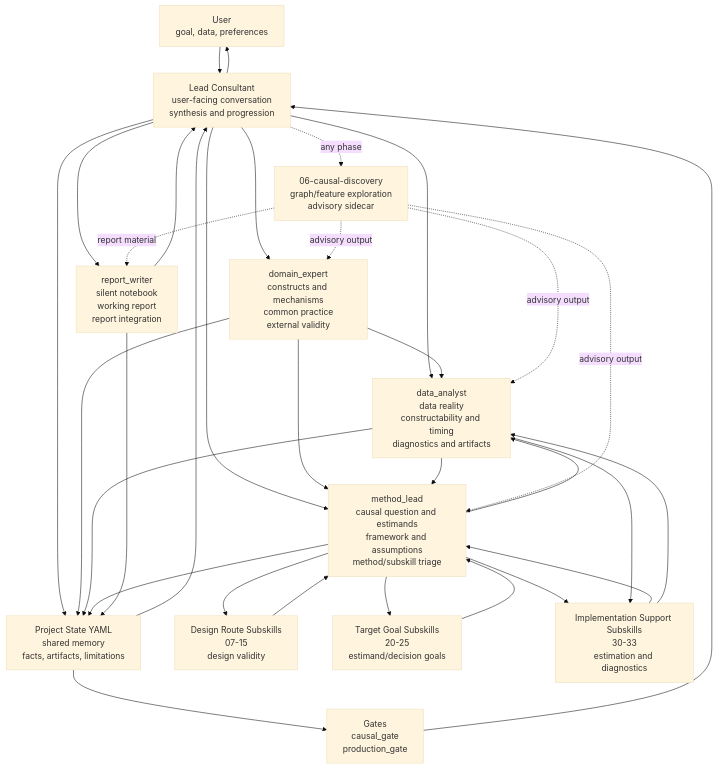
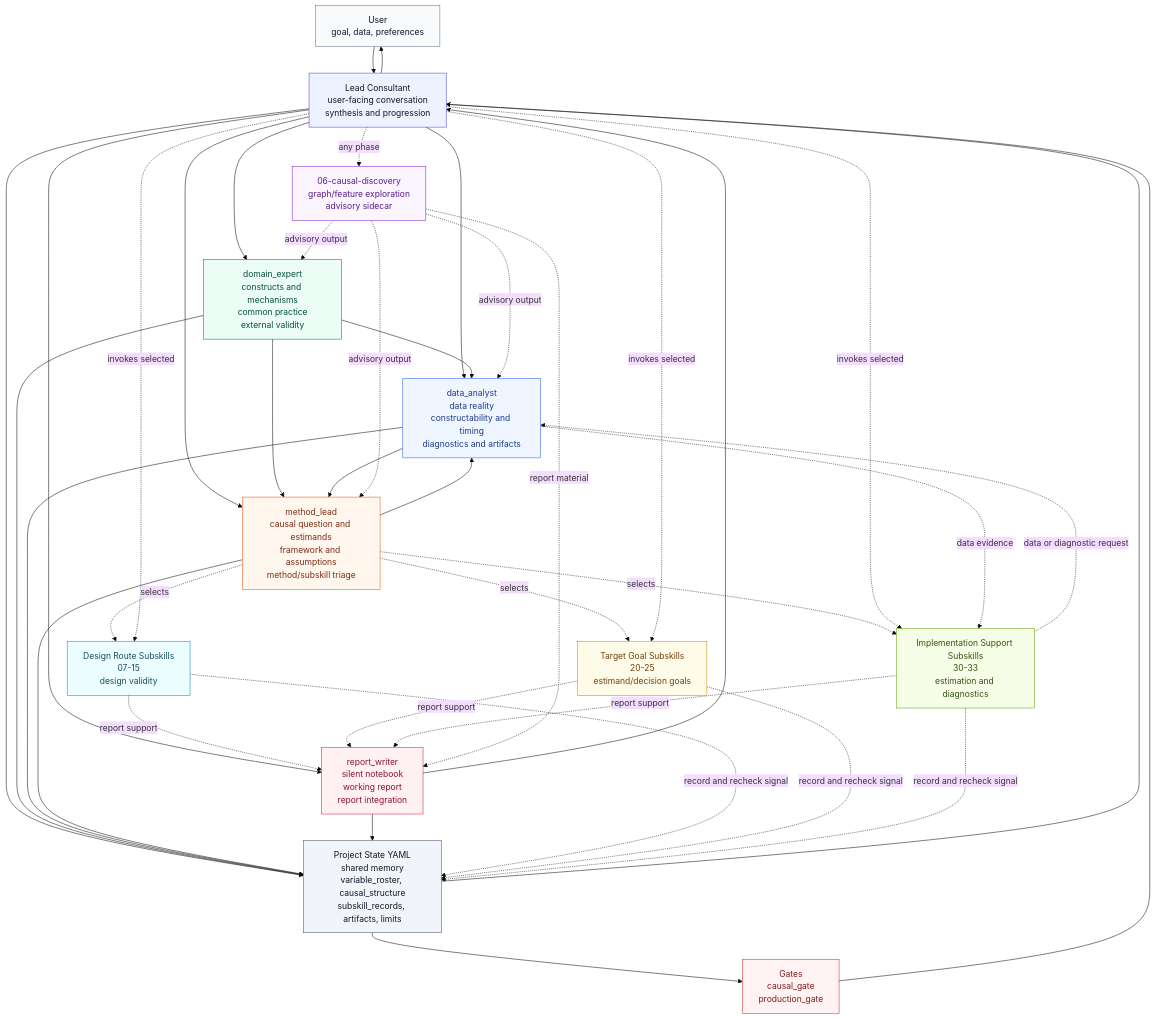
One commit to rqzhu-aide/causal-consultant changed the diagram in README.md. Above: the diagram before and after it, drawn with Mermaid (base theme). The commit also changed other lines of this file and 48 other files, not shown here.

```diff
--- a/README.md
+++ b/README.md
@@ -69,7 +69,7 @@
 flowchart TD
     user["User<br/>goal, data, preferences"]
     lead["Lead Consultant<br/>user-facing conversation<br/>synthesis and progression"]
-    state["Project State YAML<br/>shared memory<br/>facts, artifacts, limitations"]
+    state["Project State YAML<br/>shared memory<br/>variable_roster, causal_structure<br/>subskill_records, artifacts, limits"]
     domain["domain_expert<br/>constructs and mechanisms<br/>common practice<br/>external validity"]
     data["data_analyst<br/>data reality<br/>constructability and timing<br/>diagnostics and artifacts"]
     method["method_lead<br/>causal question and estimands<br/>framework and assumptions<br/>method/subskill triage"]
@@ -79,6 +79,32 @@
     target["Target Goal Subskills<br/>20-25<br/>estimand/decision goals"]
     support["Implementation Support Subskills<br/>30-33<br/>estimation and diagnostics"]
     gates["Gates<br/>causal_gate<br/>production_gate"]
+
+    classDef userNode fill:#f8fafc,stroke:#64748b,color:#0f172a
+    classDef leadNode fill:#eef2ff,stroke:#4f46e5,color:#111827
+    classDef stateNode fill:#f1f5f9,stroke:#475569,color:#0f172a
+    classDef domainNode fill:#ecfdf5,stroke:#047857,color:#064e3b
+    classDef dataNode fill:#eff6ff,stroke:#2563eb,color:#1e3a8a
+    classDef methodNode fill:#fff7ed,stroke:#ea580c,color:#7c2d12
+    classDef reportNode fill:#fff1f2,stroke:#e11d48,color:#881337
+    classDef discoveryNode fill:#faf5ff,stroke:#7e22ce,color:#581c87
+    classDef designNode fill:#ecfeff,stroke:#0891b2,color:#164e63
+    classDef targetNode fill:#fefce8,stroke:#ca8a04,color:#713f12
+    classDef supportNode fill:#f7fee7,stroke:#65a30d,color:#365314
+    classDef gateNode fill:#fef2f2,stroke:#dc2626,color:#7f1d1d
+
+    class user userNode
+    class lead leadNode
+    class state stateNode
+    class domain domainNode
+    class data dataNode
+    class method methodNode
+    class writer reportNode
+    class discovery discoveryNode
+    class design designNode
+    class target targetNode
+    class support supportNode
+    class gates gateNode
 
     user --> lead
     lead --> state
@@ -98,14 +124,20 @@
     data --> method
     method --> data
 
-    method --> design
-    design --> method
-    method --> target
-    target --> method
-    method --> support
-    data --> support
-    support --> method
-    support --> data
+    method -. selects .-> design
+    method -. selects .-> target
+    method -. selects .-> support
+    lead -. invokes selected .-> design
+    lead -. invokes selected .-> target
+    lead -. invokes selected .-> support
+    design -. record and recheck signal .-> state
+    target -. record and recheck signal .-> state
+    support -. record and recheck signal .-> state
+    data -. data evidence .-> support
+    support -. data or diagnostic request .-> data
+    design -. report support .-> writer
+    target -. report support .-> writer
+    support -. report support .-> writer
 
     lead -. any phase .-> discovery
     discovery -. advisory output .-> domain
```
